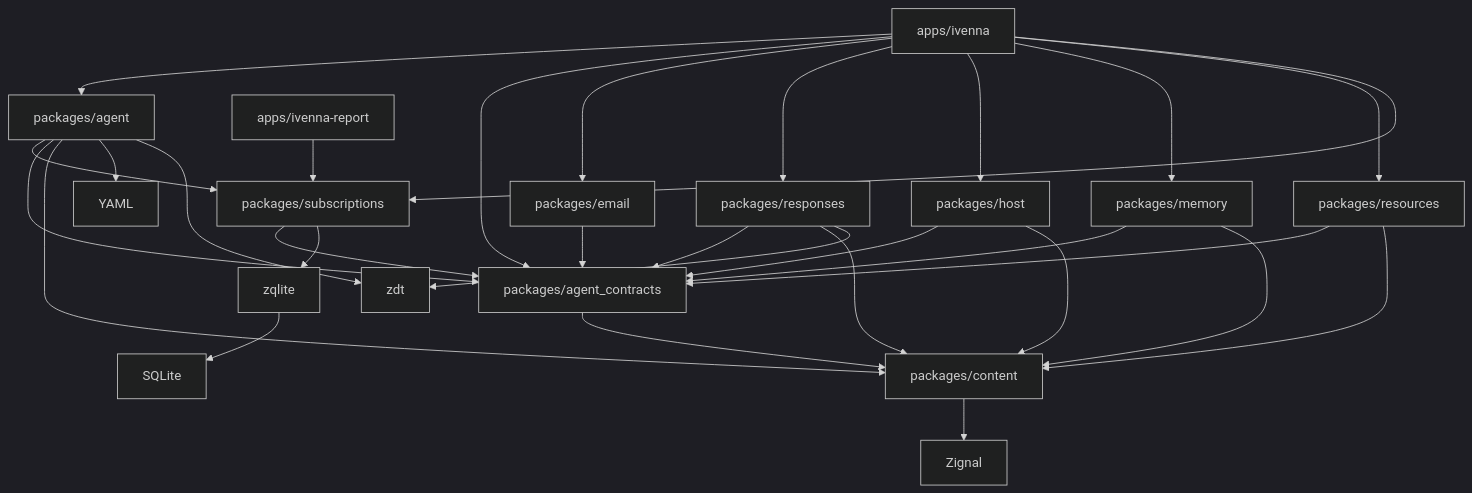
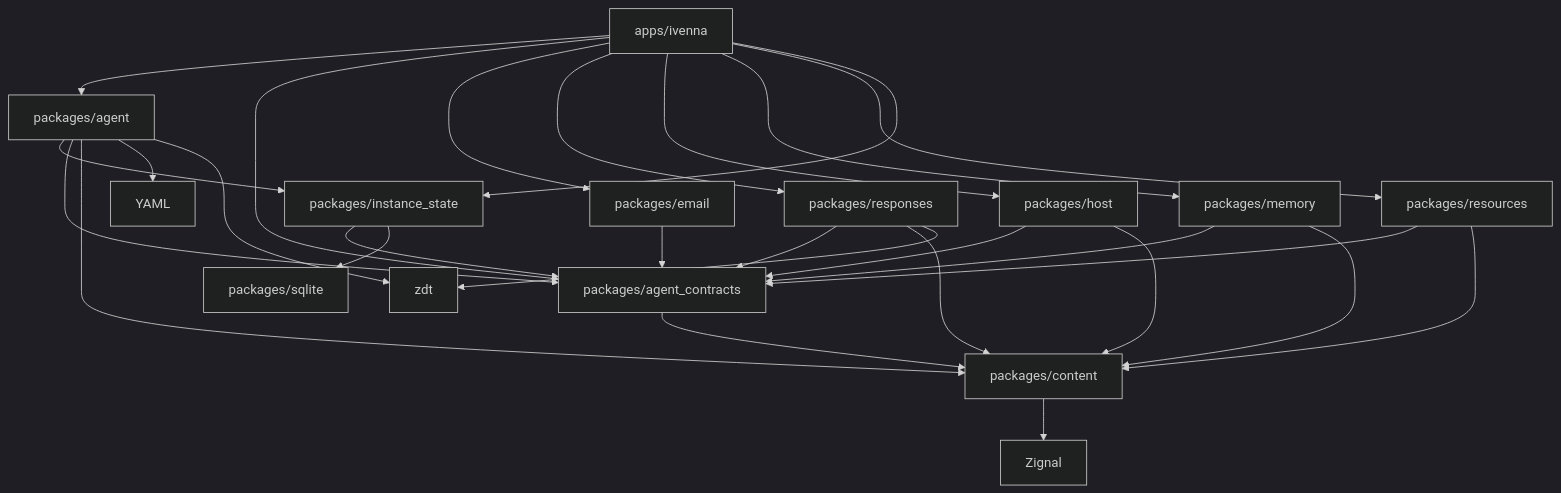
Before and after one commit to Ivenna/Ivenna: the diagram in docs/architecture.md, drawn with Mermaid (dark theme). The commit also changed other lines of this file and 64 other files, not shown here.

````diff
--- a/docs/architecture.md
+++ b/docs/architecture.md
@@ -28,32 +26,30 @@
 ```mermaid
 flowchart TD
     App[apps/ivenna] --> Agent[packages/agent]
     App --> Contracts[packages/agent_contracts]
     App --> Email[packages/email]
     App --> Responses[packages/responses]
     App --> Host[packages/host]
     App --> Memory[packages/memory]
     App --> Resources[packages/resources]
-    App --> Subscriptions[packages/subscriptions]
-    Report[apps/ivenna-report] --> Subscriptions
-    Agent --> Subscriptions
-    Subscriptions --> Contracts
-    Subscriptions --> Zqlite[zqlite]
-    Zqlite --> SQLite[SQLite]
+    App --> State[packages/instance_state]
+    Agent --> State
+    State --> Contracts
+    State --> SQLite[packages/sqlite]
     Agent --> Contracts
     Email --> Contracts
     Responses --> Contracts
     Host --> Contracts
     Memory --> Contracts
     Host --> Content[packages/content]
     Memory --> Content
     Resources --> Contracts
     Resources --> Content
     Responses --> Content
     Agent --> Content
     Contracts --> Content
     Content --> Zignal[Zignal]
     Agent --> YAML[YAML]
     Agent --> Zdt[zdt]
     Responses --> Zdt
 ```
````
